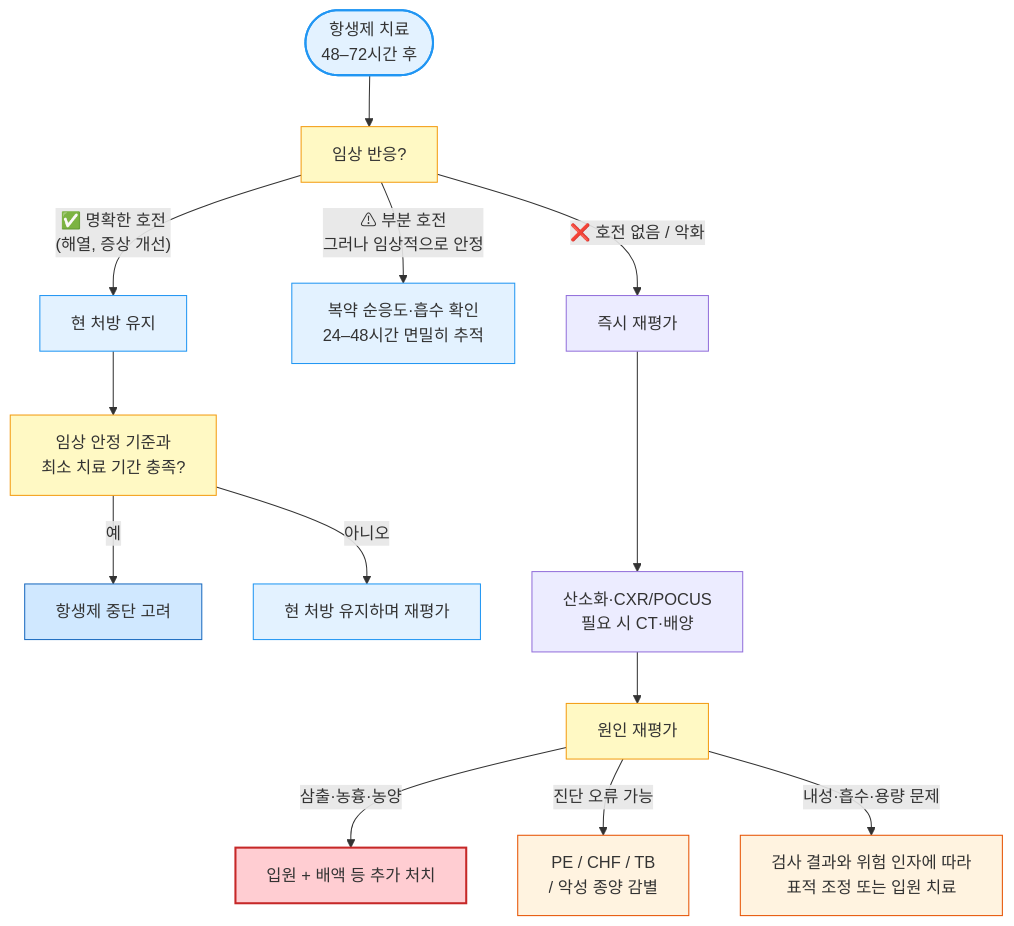
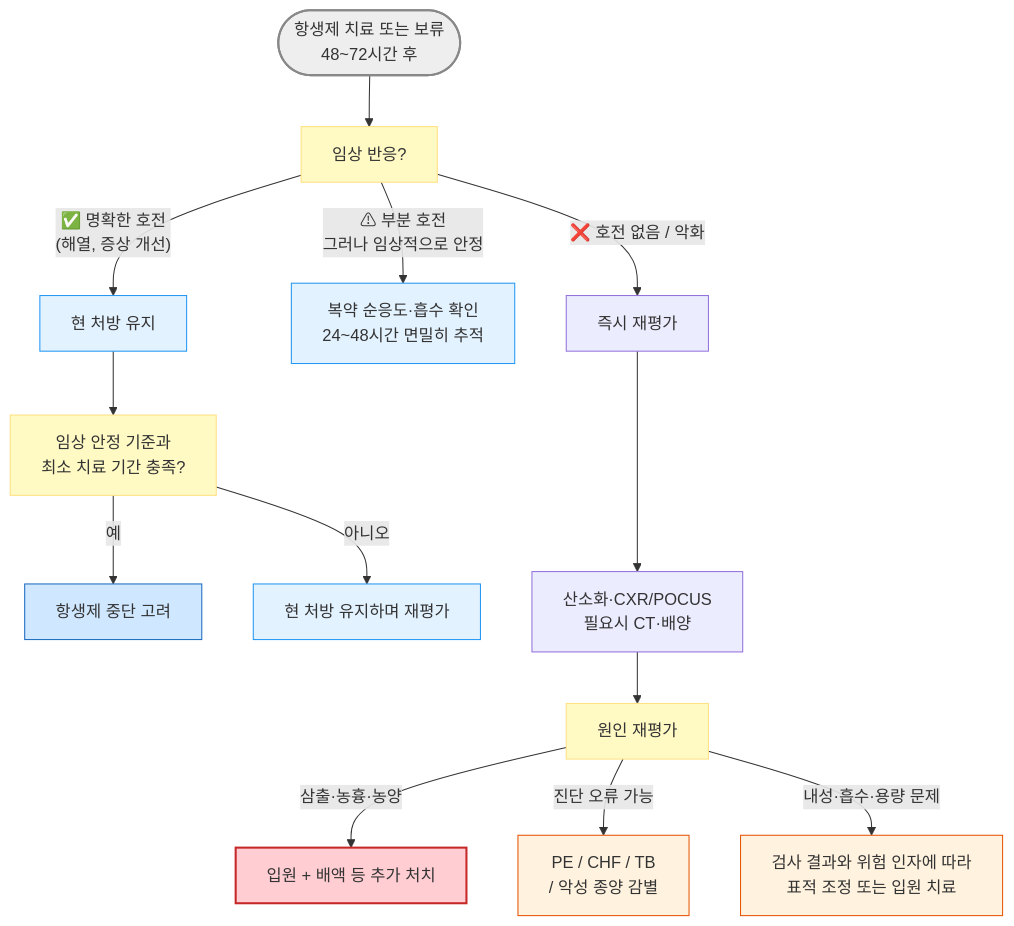
Before and after one commit to familyoh77/familyoh77: the second of 2 diagrams in 223_/068_-pneumonia.md, drawn with Mermaid. The commit also changed other lines of this file, not shown here.

````diff
--- a/223_/068_-pneumonia.md
+++ b/223_/068_-pneumonia.md
@@ -321,28 +333,28 @@
 ```mermaid
 flowchart TD
-    A(["항생제 치료<br/>48–72시간 후"]) --> B[임상 반응?]
+    A(["항생제 치료 또는 보류<br/>48~72시간 후"]) --> B["임상 반응?"]
 
-    B -- "✅ 명확한 호전<br/>(해열, 증상 개선)" --> C[현 처방 유지]
+    B -- "✅ 명확한 호전<br/>(해열, 증상 개선)" --> C["현 처방 유지"]
     C --> D["임상 안정 기준과<br/>최소 치료 기간 충족?"]
-    D -- 예 --> E[항생제 중단 고려]
-    D -- 아니오 --> F[현 처방 유지하며 재평가]
+    D -- "예" --> E["항생제 중단 고려"]
+    D -- "아니오" --> F["현 처방 유지하며 재평가"]
 
-    B -- "⚠ 부분 호전<br/>그러나 임상적으로 안정" --> G[복약 순응도·흡수 확인<br/>24–48시간 면밀히 추적]
+    B -- "⚠ 부분 호전<br/>그러나 임상적으로 안정" --> G["복약 순응도·흡수 확인<br/>24~48시간 면밀히 추적"]
 
-    B -- "❌ 호전 없음 / 악화" --> J[즉시 재평가]
-    J ---> K[산소화·CXR/POCUS<br/>필요 시 CT·배양]
-    K --> L[원인 재평가]
-    L -- "삼출·농흉·농양" --> M[입원 + 배액 등 추가 처치]
+    B -- "❌ 호전 없음 / 악화" --> J["즉시 재평가"]
+    J ---> K["산소화·CXR/POCUS<br/>필요시 CT·배양"]
+    K --> L["원인 재평가"]
+    L -- "삼출·농흉·농양" --> M["입원 + 배액 등 추가 처치"]
     L -- "진단 오류 가능" --> N["PE / CHF / TB<br/>/ 악성 종양 감별"]
-    L -- "내성·흡수·용량 문제" --> O[검사 결과와 위험 인자에 따라<br/>표적 조정 또는 입원 치료]
-style A fill:#e3f2ff,stroke:#2196f3,stroke-width:2px
-classDef yellow fill:#fff9c4,stroke:#f39c12
-class B,D,L yellow
+    L -- "내성·흡수·용량 문제" --> O["검사 결과와 위험 인자에 따라<br/>표적 조정 또는 입원 치료"]
+style A fill:#eeeeee,stroke:#888888,stroke-width:2px
+classDef question fill:#fff9c4,stroke:#ffe082
+class B,D,L question
 classDef sky fill:#e3f2ff,stroke:#2196f3
 class C,F,G sky
 classDef orange50 fill:#fff3e0,stroke:#e65100
 class N,O orange50
     style E fill:#d0e8ff,stroke:#1a6abf
     style M fill:#ffcdd2,stroke:#c62828,stroke-width:2px
 
 ```
````
